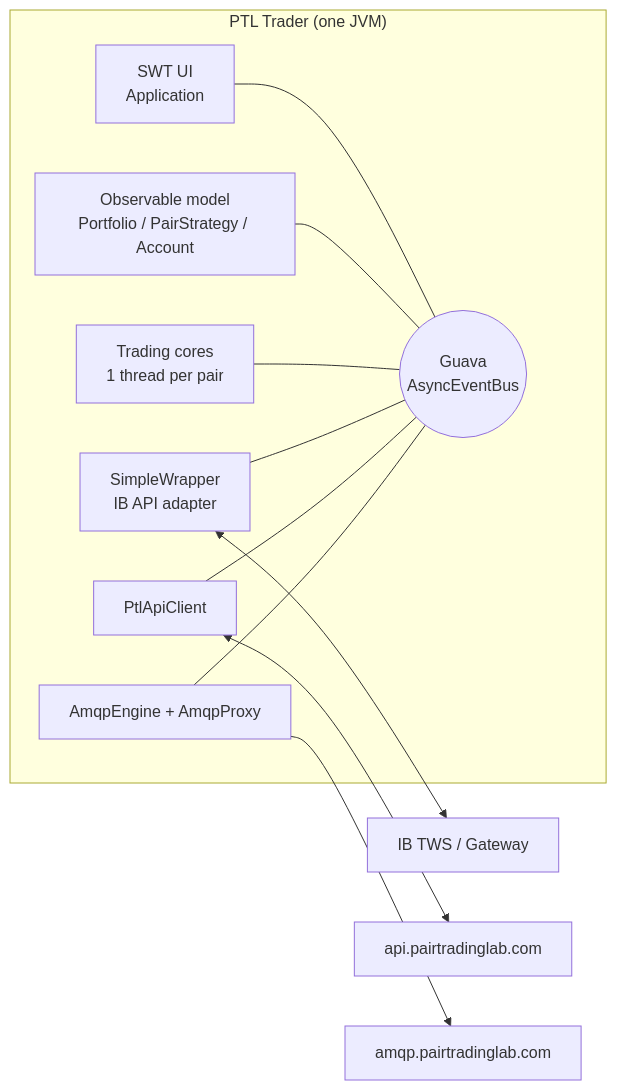
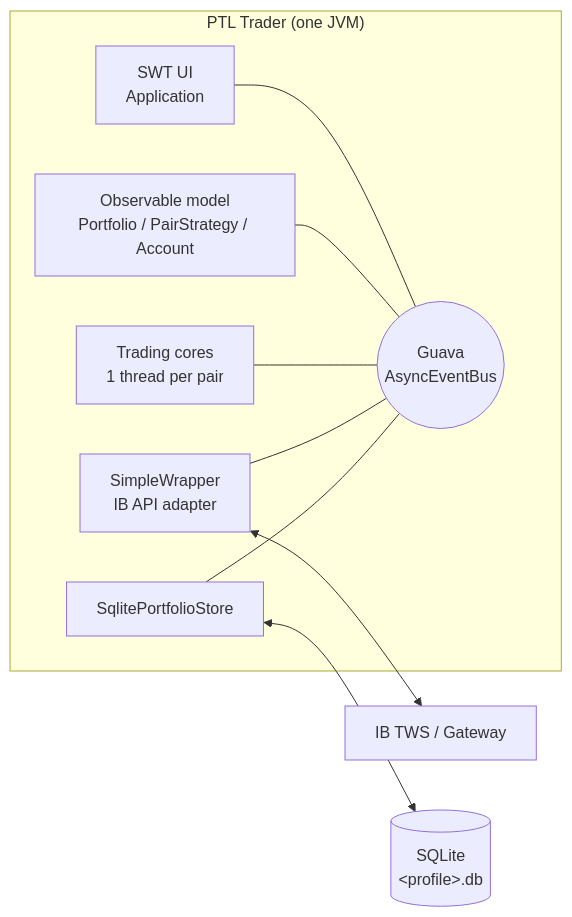
The first of 4 diagrams in ARCHITECTURE.md (quantverse/ptltrader), drawn with Mermaid before and after one commit. The commit also changed other lines of this file and 2 other files, not shown here.

````diff
--- a/ARCHITECTURE.md
+++ b/ARCHITECTURE.md
@@ -35,25 +33,21 @@
 ```mermaid
 flowchart LR
     subgraph Desktop["PTL Trader (one JVM)"]
         UI["SWT UI<br/>Application"]
         MODEL["Observable model<br/>Portfolio / PairStrategy / Account"]
         CORES["Trading cores<br/>1 thread per pair"]
         IB["SimpleWrapper<br/>IB API adapter"]
-        API["PtlApiClient"]
-        AMQP["AmqpEngine + AmqpProxy"]
+        STORE["SqlitePortfolioStore"]
         BUS(("Guava<br/>AsyncEventBus"))
     end
     TWS["IB TWS / Gateway"]
-    PTLAPI["api.pairtradinglab.com"]
-    PTLMQ["amqp.pairtradinglab.com"]
+    DB[("SQLite<br/>&lt;profile&gt;.db")]
 
     UI --- BUS
     MODEL --- BUS
     CORES --- BUS
     IB --- BUS
-    API --- BUS
-    AMQP --- BUS
+    STORE --- BUS
     IB <--> TWS
-    API <--> PTLAPI
-    AMQP --> PTLMQ
+    STORE <--> DB
 ```
````
